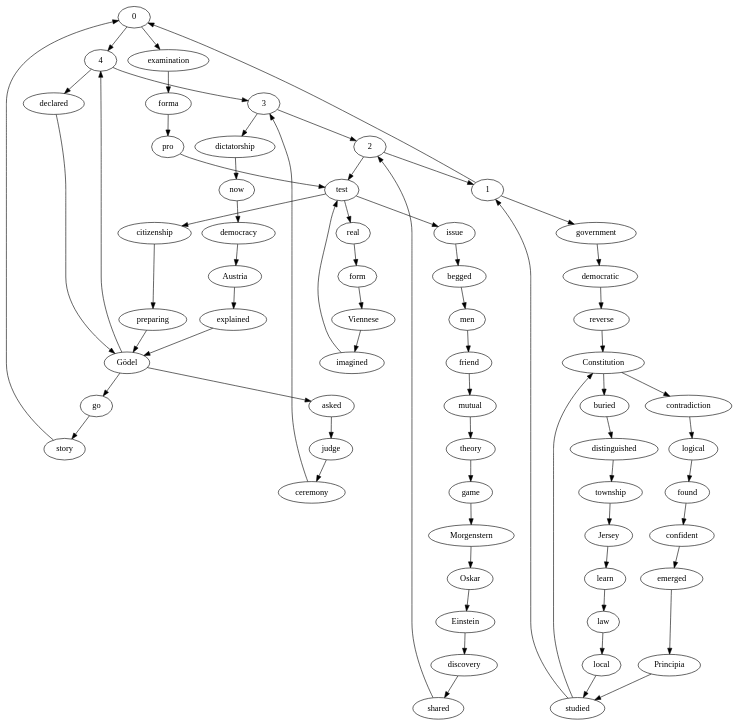
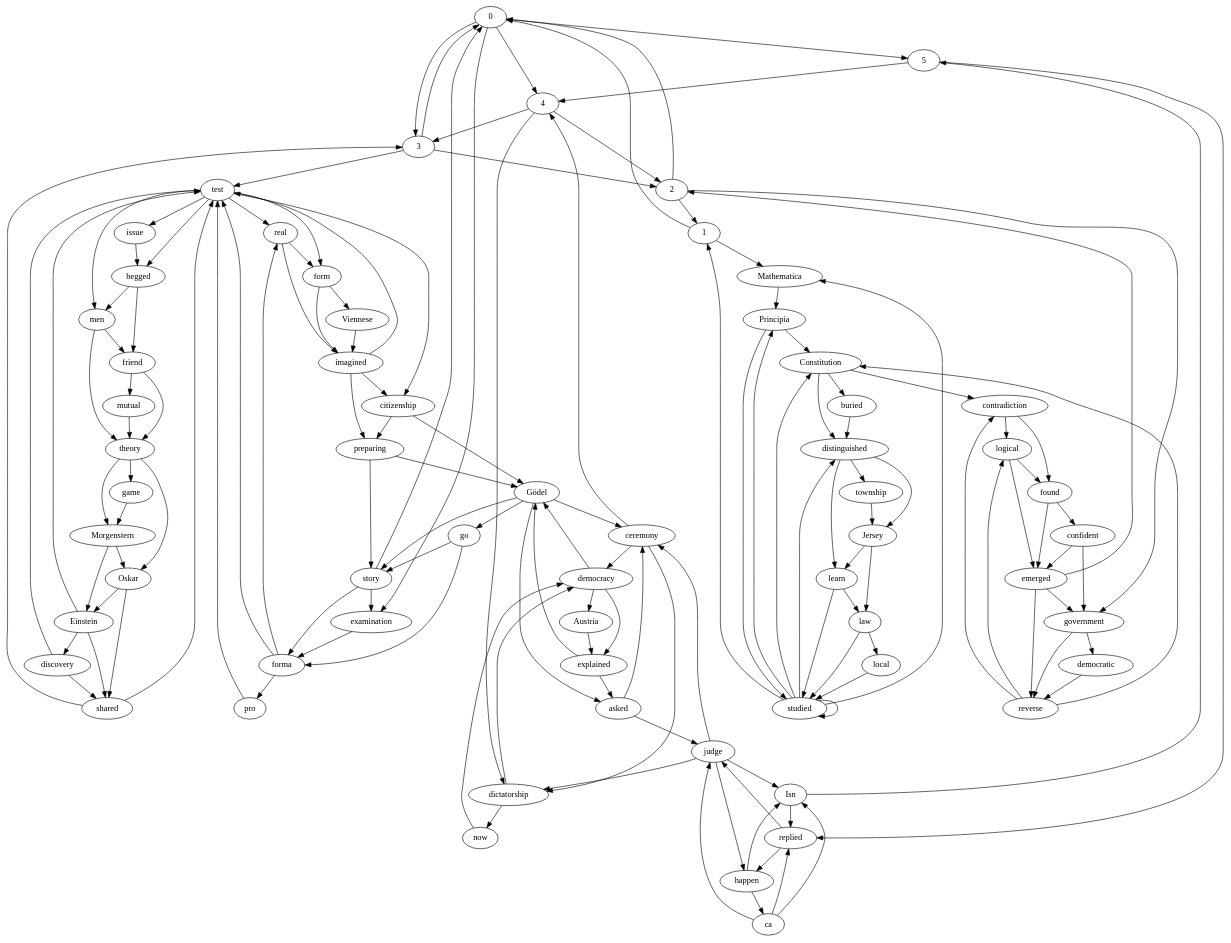
Before and after one commit to ptarau/StanzaGraphs: the diagram in textstar/text.gv, drawn with Graphviz. The commit also changed 2 other files, not shown here.

```diff
--- a/textstar/text.gv
+++ b/textstar/text.gv
@@ -1,70 +1,142 @@
-strict digraph "" {
+digraph "" {
+	0 -> 5;
 	0 -> 4;
+	0 -> 3;
 	0 -> examination;
+	5 -> replied;
+	5 -> 4;
+	Isn -> 5;
+	Isn -> replied;
+	replied -> judge;
+	replied -> happen;
+	judge -> Isn;
+	judge -> happen;
+	judge -> ceremony;
+	judge -> dictatorship;
+	happen -> Isn;
+	happen -> ca;
+	ca -> Isn;
+	ca -> replied;
+	ca -> judge;
+	4 -> dictatorship;
 	4 -> 3;
-	4 -> declared;
+	4 -> 2;
+	ceremony -> 4;
+	ceremony -> dictatorship;
+	ceremony -> democracy;
+	dictatorship -> now;
+	dictatorship -> democracy;
+	now -> democracy;
+	democracy -> Austria;
+	democracy -> explained;
+	democracy -> Gödel;
+	Austria -> explained;
+	explained -> Gödel;
+	explained -> asked;
+	Gödel -> ceremony;
+	Gödel -> asked;
+	Gödel -> story;
+	Gödel -> go;
+	asked -> judge;
+	asked -> ceremony;
+	3 -> 0;
+	3 -> test;
+	3 -> 2;
+	shared -> 3;
+	shared -> test;
+	test -> issue;
+	test -> begged;
+	test -> men;
+	test -> real;
+	test -> form;
+	test -> citizenship;
+	issue -> begged;
+	begged -> men;
+	begged -> friend;
+	men -> friend;
+	men -> theory;
+	friend -> mutual;
+	friend -> theory;
+	mutual -> theory;
+	theory -> game;
+	theory -> Morgenstern;
+	theory -> Oskar;
+	game -> Morgenstern;
+	Morgenstern -> Oskar;
+	Morgenstern -> Einstein;
+	Oskar -> shared;
+	Oskar -> Einstein;
+	Einstein -> shared;
+	Einstein -> test;
+	Einstein -> discovery;
+	discovery -> shared;
+	discovery -> test;
+	2 -> 0;
+	2 -> government;
+	2 -> 1;
+	emerged -> 2;
+	emerged -> government;
+	emerged -> reverse;
+	government -> democratic;
+	government -> reverse;
+	democratic -> reverse;
+	reverse -> Constitution;
+	reverse -> contradiction;
+	reverse -> logical;
+	Constitution -> contradiction;
+	Constitution -> buried;
+	Constitution -> distinguished;
+	contradiction -> logical;
+	contradiction -> found;
+	logical -> emerged;
+	logical -> found;
+	found -> emerged;
+	found -> confident;
+	confident -> emerged;
+	confident -> government;
+	1 -> 0;
+	1 -> Mathematica;
+	studied -> Constitution;
+	studied -> 1;
+	studied -> studied;
+	studied -> Mathematica;
+	studied -> Principia;
+	studied -> distinguished;
+	Mathematica -> Principia;
+	Principia -> Constitution;
+	Principia -> studied;
+	buried -> distinguished;
+	distinguished -> township;
+	distinguished -> Jersey;
+	distinguished -> learn;
+	township -> Jersey;
+	Jersey -> learn;
+	Jersey -> law;
+	learn -> studied;
+	learn -> law;
+	law -> studied;
+	law -> local;
+	local -> studied;
 	story -> 0;
+	story -> examination;
+	story -> forma;
 	examination -> forma;
+	forma -> test;
+	forma -> pro;
+	forma -> real;
+	pro -> test;
+	real -> form;
+	real -> imagined;
+	form -> Viennese;
+	form -> imagined;
+	Viennese -> imagined;
+	imagined -> test;
+	imagined -> citizenship;
+	imagined -> preparing;
+	citizenship -> Gödel;
+	citizenship -> preparing;
+	preparing -> Gödel;
+	preparing -> story;
 	go -> story;
-	Gödel -> 4;
-	Gödel -> go;
-	Gödel -> asked;
-	preparing -> Gödel;
-	citizenship -> preparing;
-	test -> citizenship;
-	test -> real;
-	test -> issue;
-	imagined -> test;
-	Viennese -> imagined;
-	form -> Viennese;
-	real -> form;
-	pro -> test;
-	forma -> pro;
-	1 -> 0;
-	1 -> government;
-	studied -> 1;
-	studied -> Constitution;
-	government -> democratic;
-	local -> studied;
-	law -> local;
-	learn -> law;
-	Jersey -> learn;
-	township -> Jersey;
-	distinguished -> township;
-	buried -> distinguished;
-	Constitution -> buried;
-	Constitution -> contradiction;
-	Principia -> studied;
-	emerged -> Principia;
-	confident -> emerged;
-	found -> confident;
-	logical -> found;
-	contradiction -> logical;
-	reverse -> Constitution;
-	democratic -> reverse;
-	2 -> test;
-	2 -> 1;
-	shared -> 2;
-	discovery -> shared;
-	Einstein -> discovery;
-	Oskar -> Einstein;
-	Morgenstern -> Oskar;
-	game -> Morgenstern;
-	theory -> game;
-	mutual -> theory;
-	friend -> mutual;
-	men -> friend;
-	begged -> men;
-	issue -> begged;
-	3 -> 2;
-	3 -> dictatorship;
-	ceremony -> 3;
-	dictatorship -> now;
-	judge -> ceremony;
-	asked -> judge;
-	explained -> Gödel;
-	Austria -> explained;
-	democracy -> Austria;
-	now -> democracy;
-	declared -> Gödel;
+	go -> forma;
 }
```
